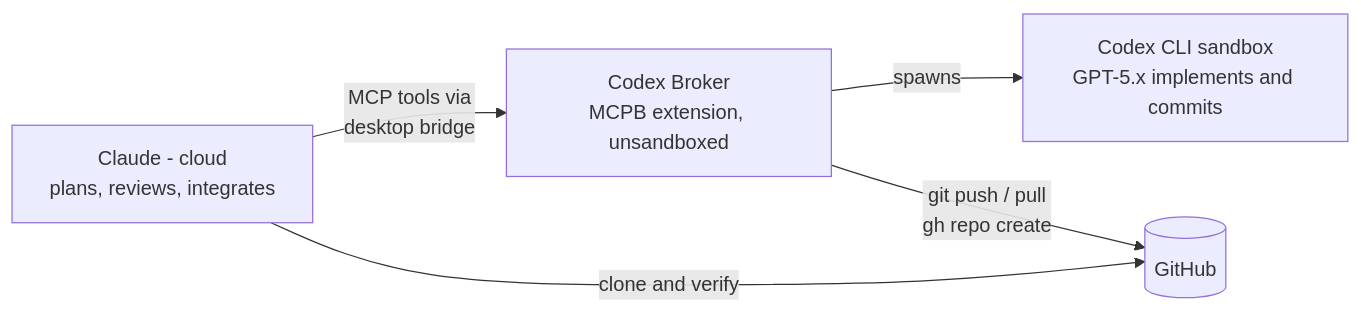
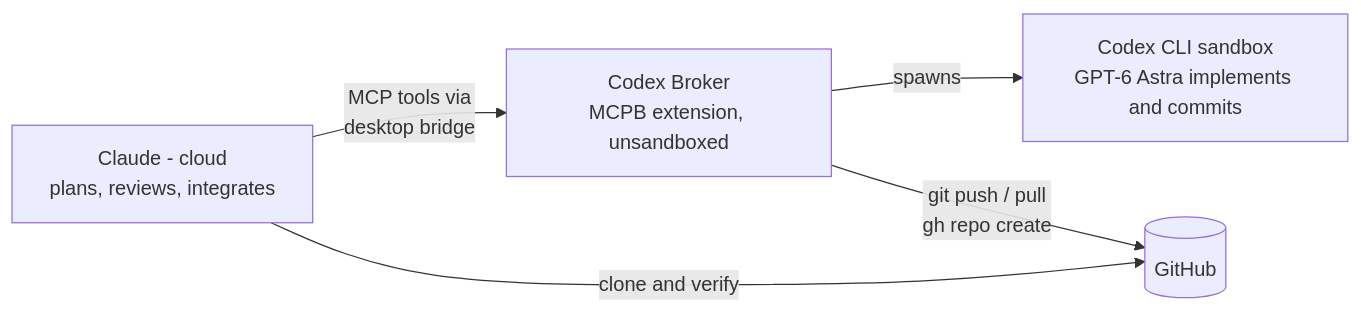
The diagram in README.md (Pliskin-Industries/claude-desktop-codex-broker), drawn with Mermaid before and after one commit. The commit also changed other lines of this file and 12 other files, not shown here.

First line of the commit message:
GPT-6 Astra as executor, Fable-coding gate, per-call reasoning_effort (v1.7.0)

````diff
--- a/README.md
+++ b/README.md
@@ -7,7 +7,7 @@
 ```mermaid
 flowchart LR
     A[Claude - cloud\nplans, reviews, integrates] -->|MCP tools via\ndesktop bridge| B[Codex Broker\nMCPB extension, unsandboxed]
-    B -->|spawns| C[Codex CLI sandbox\nGPT-5.x implements and commits]
+    B -->|spawns| C[Codex CLI sandbox\nGPT-6 Astra implements and commits]
     B -->|git push / pull\ngh repo create| D[(GitHub)]
     A -->|clone and verify| D
 ```
````
